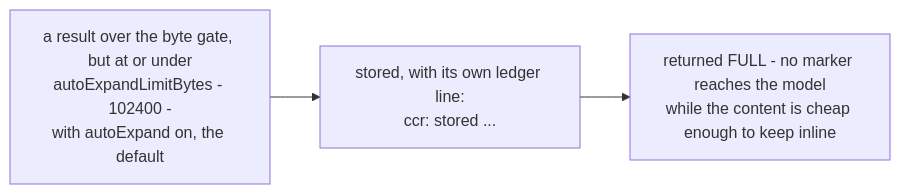
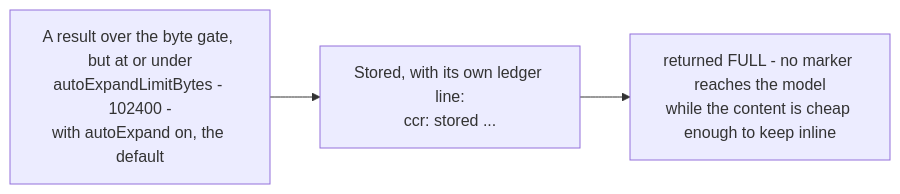
One commit to PlayForm/Site-DeepSeek changed the diagram in Source/Content/Mermaid/ccr-in-action-autoexpand.mmd. Above: the diagram before and after it, drawn with Mermaid. The commit also changed 80 other files, not shown here.

```diff
--- a/Source/Content/Mermaid/ccr-in-action-autoexpand.mmd
+++ b/Source/Content/Mermaid/ccr-in-action-autoexpand.mmd
@@ -1,3 +1,3 @@
 flowchart LR
-	RES["a result over the byte gate, but at or under<br/>autoExpandLimitBytes - 102400 -<br/>with autoExpand on, the default"] --> ST["stored, with its own ledger line:<br/>ccr: stored ..."]
+	RES["A result over the byte gate, but at or under<br/>autoExpandLimitBytes - 102400 -<br/>with autoExpand on, the default"] --> ST["Stored, with its own ledger line:<br/>ccr: stored ..."]
 	ST --> FULL["returned FULL - no marker reaches the model<br/>while the content is cheap enough to keep inline"]
```
